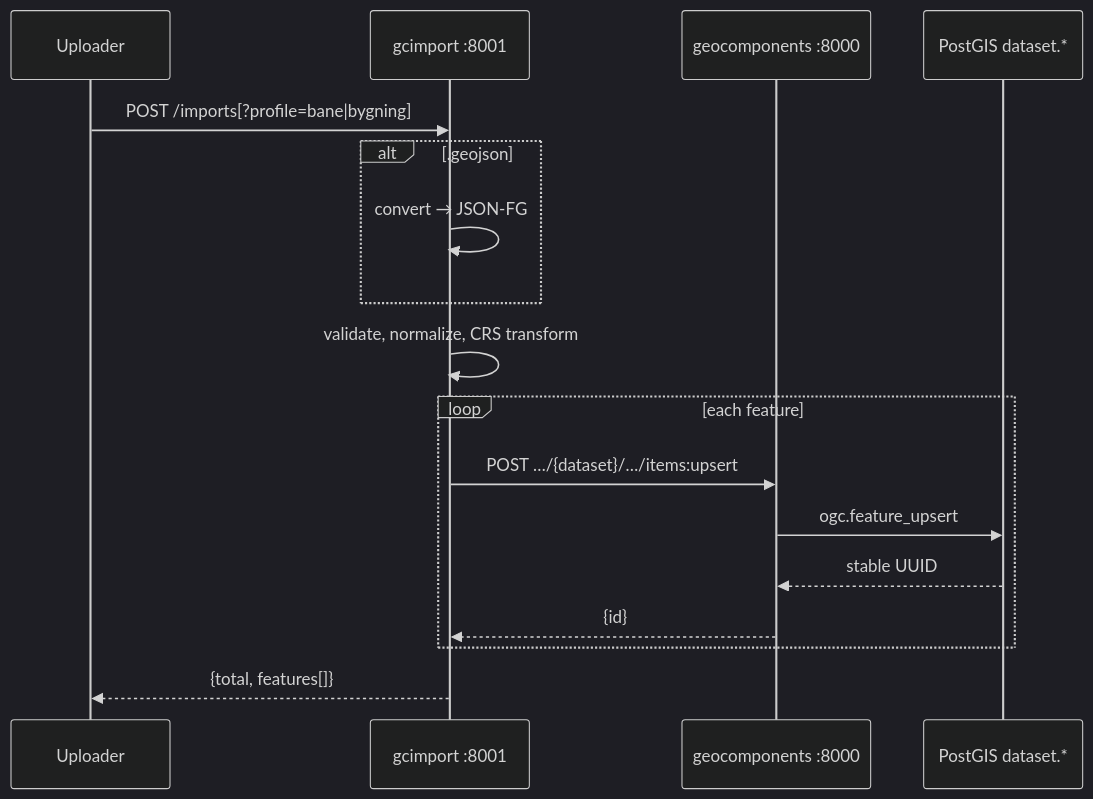
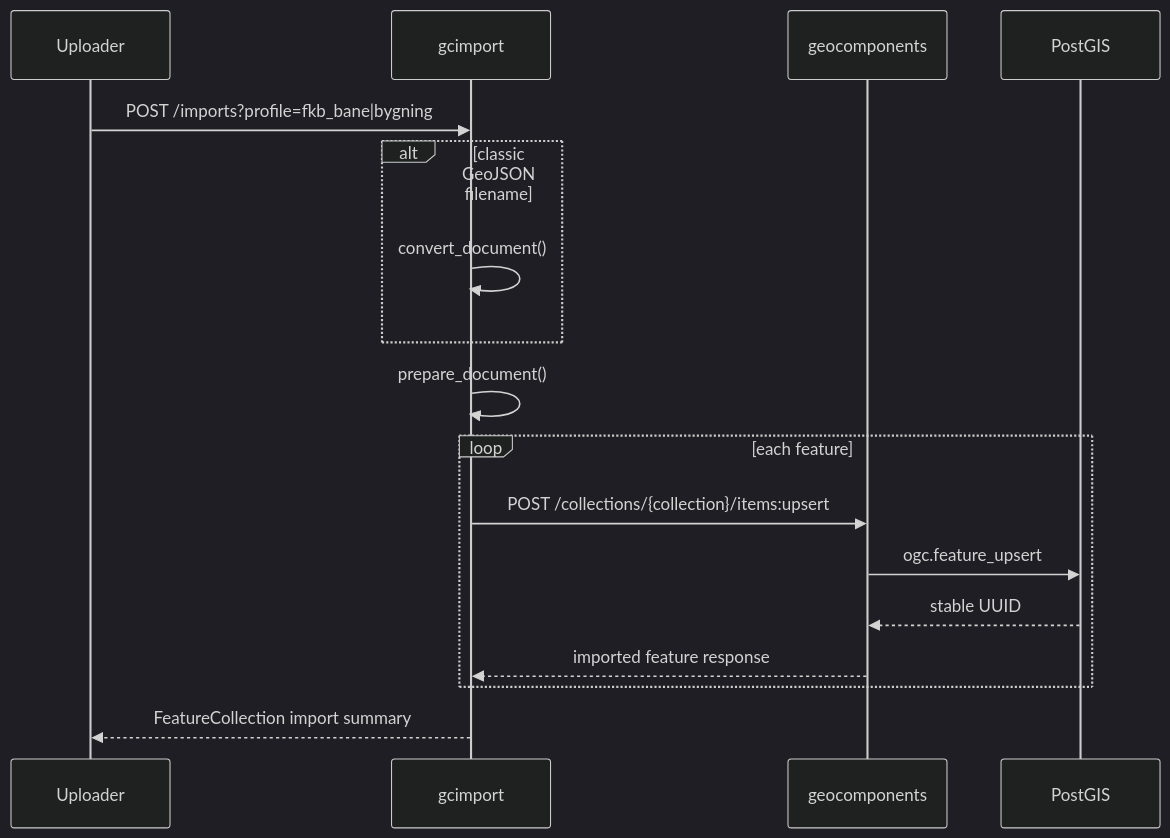
The sixth of 8 diagrams in docs/ARCHITECTURE.md (kartverket/topografisk-gdb-api), drawn with Mermaid (dark theme) before and after one commit. The commit also changed other lines of this file and 38 other files, not shown here.

First line of the commit message:
import tilpasset endelig fkb-bane, visning tilpasset samme data (#61)

````diff
--- a/docs/ARCHITECTURE.md
+++ b/docs/ARCHITECTURE.md
@@ -113,20 +216,20 @@
 ```mermaid
 sequenceDiagram
   participant U as Uploader
-  participant I as gcimport :8001
-  participant G as geocomponents :8000
-  participant DB as PostGIS dataset.*
+  participant I as gcimport
+  participant G as geocomponents
+  participant DB as PostGIS
 
-  U->>I: POST /imports[?profile=bane|bygning]
-  alt .geojson
-    I->>I: convert → JSON-FG
+  U->>I: POST /imports?profile=fkb_bane|bygning
+  alt classic GeoJSON filename
+    I->>I: convert_document()
   end
-  I->>I: validate, normalize, CRS transform
+  I->>I: prepare_document()
   loop each feature
-    I->>G: POST …/{dataset}/…/items:upsert
+    I->>G: POST /collections/{collection}/items:upsert
     G->>DB: ogc.feature_upsert
     DB-->>G: stable UUID
-    G-->>I: {id}
+    G-->>I: imported feature response
   end
-  I-->>U: {total, features[]}
+  I-->>U: FeatureCollection import summary
 ```
````
